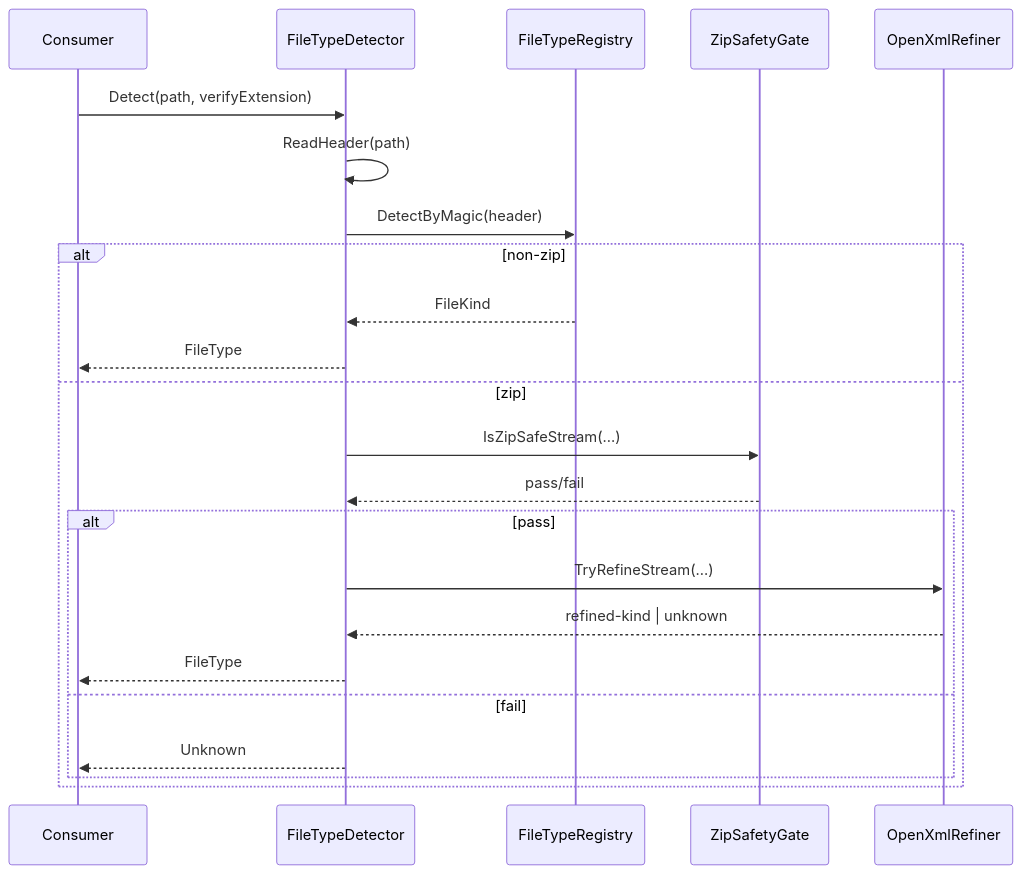
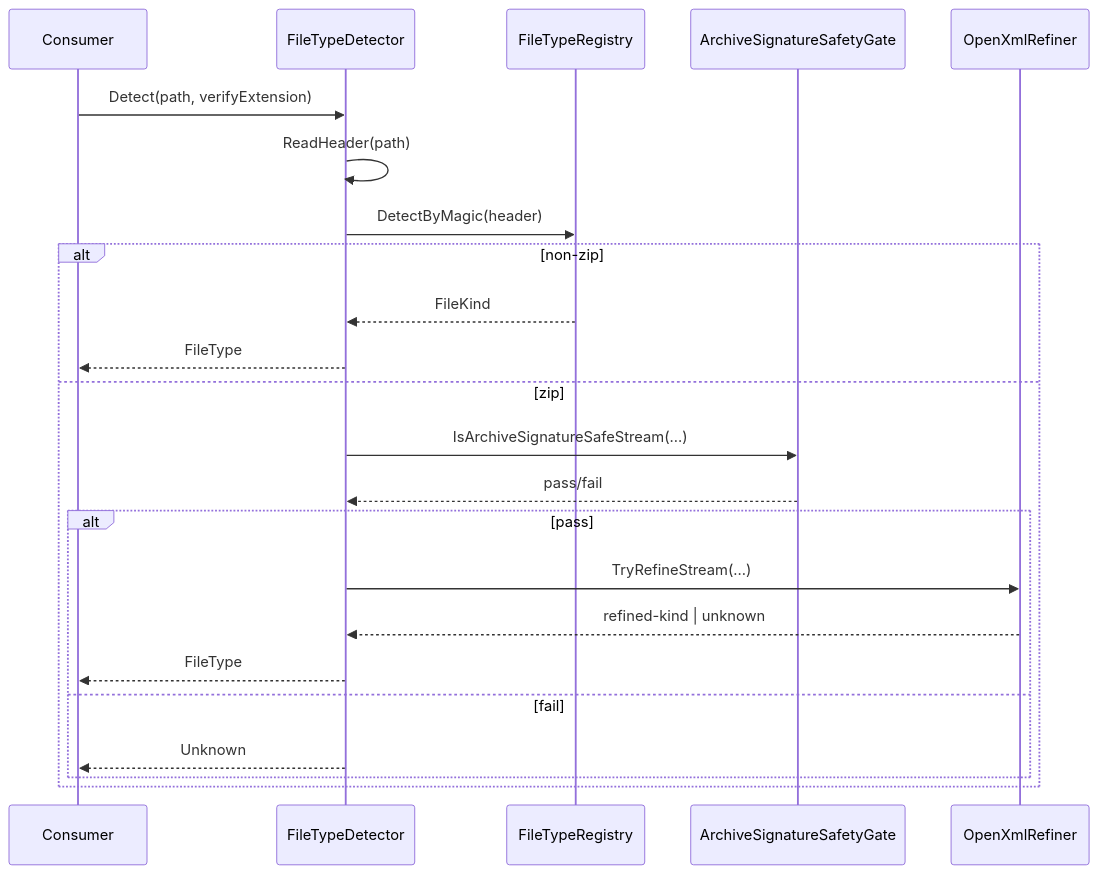
One commit to tomtastisch/FileClassifier changed the fifth of 9 diagrams in docs/02_ARCHITECTURE_AND_FLOWS.md. Above: the diagram before and after it, drawn with Mermaid. The commit also changed other lines of this file and 32 other files, not shown here.

Commit message:
refactor: vereinheitliche zip-benennungen auf archive

````diff
--- a/docs/02_ARCHITECTURE_AND_FLOWS.md
+++ b/docs/02_ARCHITECTURE_AND_FLOWS.md
@@ -204,28 +204,28 @@
 ```mermaid
 sequenceDiagram
   participant Caller as Consumer
   participant API as FileTypeDetector
   participant REG as FileTypeRegistry
-  participant GATE as ZipSafetyGate
+  participant GATE as ArchiveSignatureSafetyGate
   participant REF as OpenXmlRefiner
 
   Caller->>API: Detect(path, verifyExtension)
   API->>API: ReadHeader(path)
   API->>REG: DetectByMagic(header)
 
   alt non-zip
     REG-->>API: FileKind
     API-->>Caller: FileType
   else zip
-    API->>GATE: IsZipSafeStream(...)
+    API->>GATE: IsArchiveSignatureSafeStream(...)
     GATE-->>API: pass/fail
 
     alt pass
       API->>REF: TryRefineStream(...)
       REF-->>API: refined-kind | unknown
       API-->>Caller: FileType
     else fail
       API-->>Caller: Unknown
     end
   end
 ```
````
